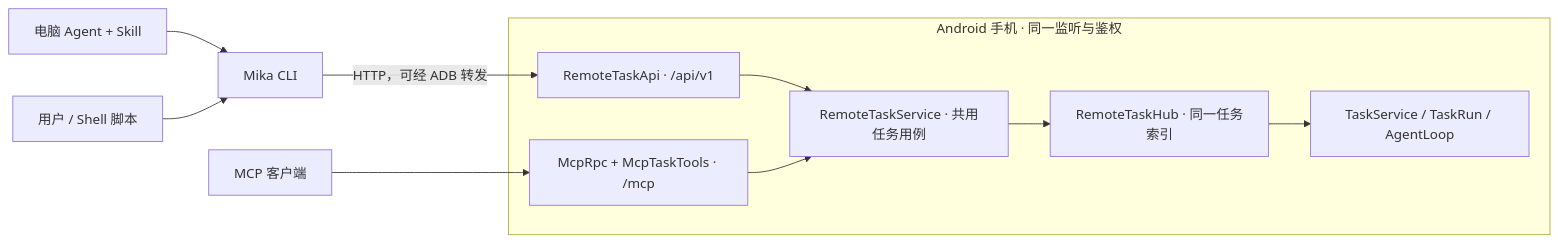
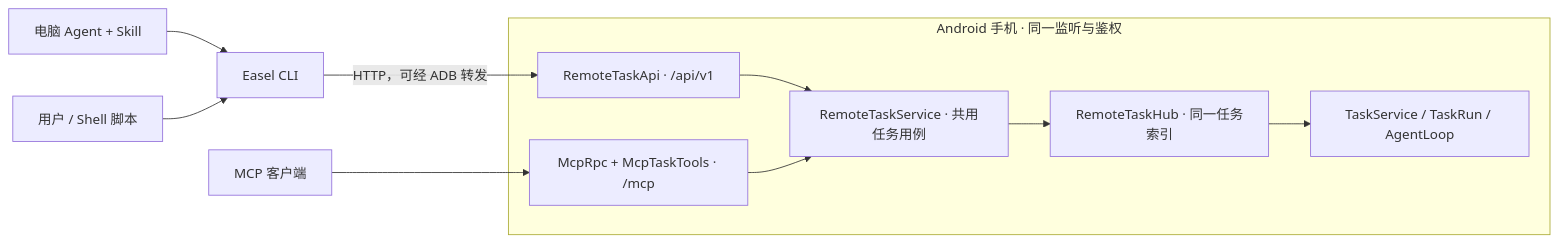
Before and after one commit to echo-ht/Easel: the diagram in docs/cli.md, drawn with Mermaid. The commit also changed other lines of this file and 3139 other files, not shown here.

````diff
--- a/docs/cli.md
+++ b/docs/cli.md
@@ -9,17 +9,17 @@
 ```mermaid
 flowchart LR
-    Skill["电脑 Agent + Skill"] --> CLI["Mika CLI"]
+    Skill["电脑 Agent + Skill"] --> CLI["Easel CLI"]
     Shell["用户 / Shell 脚本"] --> CLI
     Client["MCP 客户端"] --> MCP
     subgraph Phone["Android 手机 · 同一监听与鉴权"]
         API["RemoteTaskApi · /api/v1"]
         MCP["McpRpc + McpTaskTools · /mcp"]
         Shared["RemoteTaskService · 共用任务用例"]
         Hub["RemoteTaskHub · 同一任务索引"]
         Engine["TaskService / TaskRun / AgentLoop"]
         API --> Shared
         MCP --> Shared
         Shared --> Hub --> Engine
     end
     CLI -->|"HTTP，可经 ADB 转发"| API
 ```
````
